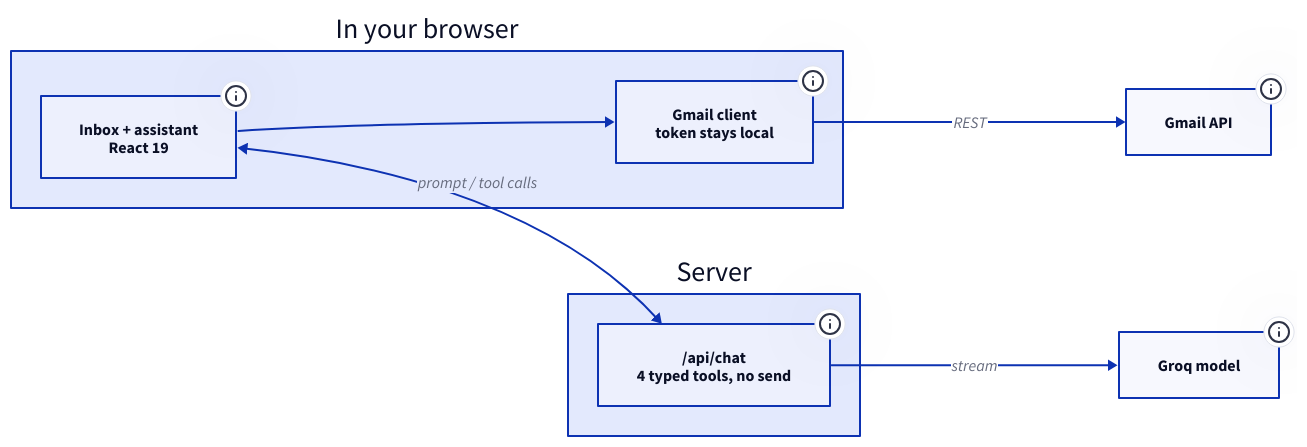
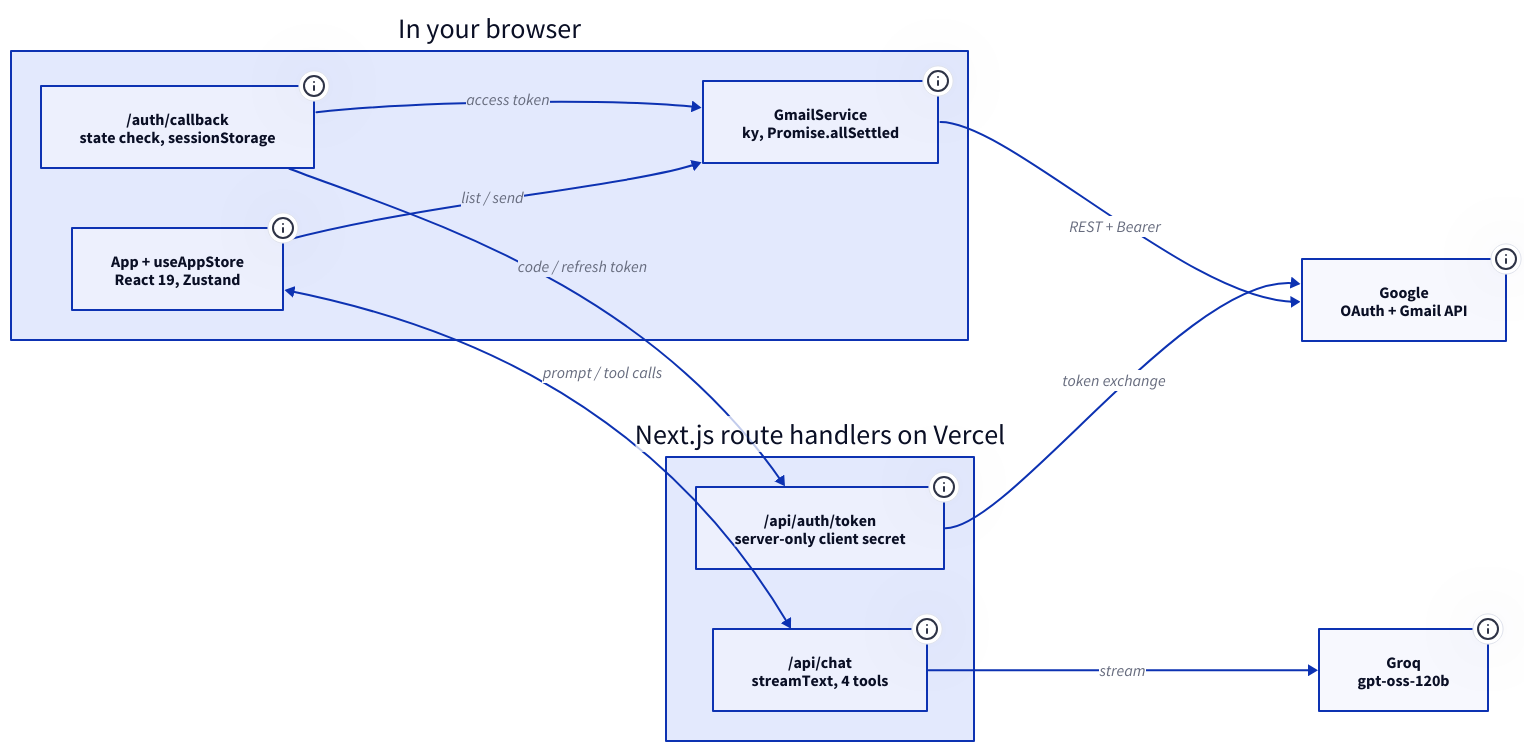
Before and after one commit to kunalgoesbyken/portfoliov1: the diagram in data/projects/diagrams/mailflow-ai-system.d2, drawn with D2. The commit also changed 54 other files, not shown here.

Commit message:
Describe each architecture from its codebase, add stack logos, drop redundant stats and card styling

```diff
--- a/data/projects/diagrams/mailflow-ai-system.d2
+++ b/data/projects/diagrams/mailflow-ai-system.d2
@@ -1,36 +1,47 @@
 direction: right
 
 browser: In your browser {
   class: zone
-  ui: Inbox + assistant\nReact 19 {
+  app: App + useAppStore\nReact 19, Zustand {
     class: client
-    tooltip: "One Zustand store holds mail per mailbox, filters, the open thread and the composer, so a filter change never re-renders the compose window. A 30-second sync refreshes the current view; fixing its effect dependencies cut 640 requests in 11 s to 3."
+    tooltip: "One Zustand store holds mail per mailbox, filters, the open thread and the composer. Only the user and sign-in flag are persisted. A 30 second timer refetches the current view, and filtering and sorting run client side."
   }
-  gmail: Gmail client\ntoken stays local {
+  auth: /auth/callback\nstate check, sessionStorage {
     class: service
-    tooltip: "OAuth code exchange, token storage and every Gmail REST call run in the browser, so there is no mail backend. Messages are fetched with Promise.allSettled, so one broken message never empties the inbox, and HTML bodies are sanitised with DOMPurify."
+    tooltip: "Checks the random OAuth state against sessionStorage, sends the code to the token route and stores the returned access and refresh tokens in sessionStorage. Token refresh in services/auth.ts goes through the same route."
   }
-  ui -> gmail
-}
-
-server: Server {
-  class: zone
-  chat: /api/chat\n4 typed tools, no send {
+  gmail: GmailService\nky, Promise.allSettled {
     class: service
-    tooltip: "One streaming route on the Vercel AI SDK. The model gets openEmail, navigateView, composeEmail and replyToEmail as Zod-typed tools and no way to send mail. Context is capped at the ten most recent emails as 100-character snippets."
+    tooltip: "Calls the Gmail REST API directly with the stored access token. Messages are fetched in parallel with Promise.allSettled, so one failed message is skipped. HTML bodies are sanitised with DOMPurify before rendering."
   }
 }
 
-google: Gmail API {
-  class: external
-  tooltip: "Called directly from the browser with the user's own token and the gmail.modify scope."
+server: Next.js route handlers on Vercel {
+  class: zone
+  oauth: "/api/auth/token\nserver-only client secret" {
+    class: service
+    tooltip: "Exchanges the authorization code, and later the refresh token, for tokens at Google using GMAIL_CLIENT_SECRET, which is never sent to the browser."
+  }
+  chat: /api/chat\nstreamText, 4 tools {
+    class: service
+    tooltip: "Streams a Groq response with openEmail, navigateView, composeEmail and replyToEmail as Zod-typed tools. Each tool only returns an acknowledgement and none can send mail. The system prompt limits the model to email ids in the context."
+  }
 }
 
-llm: Groq model {
-  class: model
-  tooltip: "openai/gpt-oss-120b on Groq, streamed back token by token."
+google: Google\nOAuth + Gmail API {
+  class: external
+  tooltip: "The token endpoint serves the code exchange and refresh. The Gmail API is called from the browser with the gmail.modify scope and the user's own access token."
 }
 
-browser.gmail -> google: REST
-browser.ui <-> server.chat: prompt / tool calls
-server.chat -> llm: stream
+groq: Groq\ngpt-oss-120b {
+  class: model
+  tooltip: "Receives the chat history plus a compact context: current view, selected email, filters and the ten most recent emails as 100 character snippets. Replies stream back token by token."
+}
+
+browser.auth -> server.oauth: code / refresh token
+server.oauth -> google: token exchange
+browser.auth -> browser.gmail: access token
+browser.app -> browser.gmail: list / send
+browser.gmail -> google: REST + Bearer
+browser.app <-> server.chat: prompt / tool calls
+server.chat -> groq: stream
```
